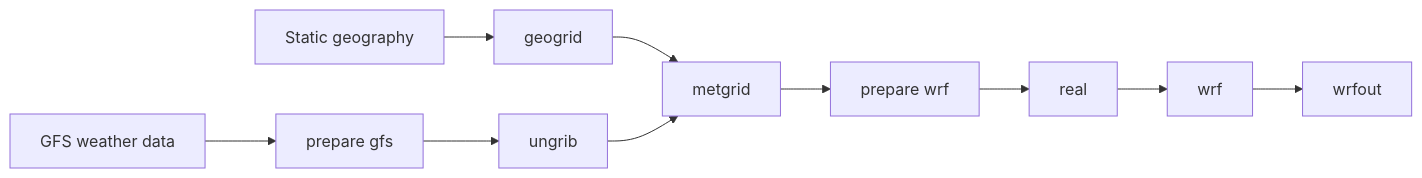
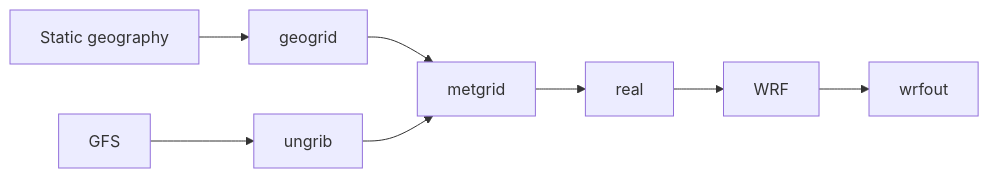
Before and after one commit to YONGHUNI/wrfkit: the diagram in docs/tutorials/first-run.md, drawn with Mermaid. The commit also changed other lines of this file, not shown here.

````diff
--- a/docs/tutorials/first-run.md
+++ b/docs/tutorials/first-run.md
@@ -569,8 +240,10 @@
 ```mermaid
 flowchart LR
     G["Static geography"] --> GEO["geogrid"]
-    F["GFS weather data"] --> PG["prepare gfs"] --> U["ungrib"]
+    F["GFS"] --> U["ungrib"]
     GEO --> M["metgrid"]
     U --> M
-    M --> PW["prepare wrf"] --> R["real"] --> W["wrf"] --> O["wrfout"]
+    M --> R["real"]
+    R --> W["WRF"]
+    W --> O["wrfout"]
 ```
````
